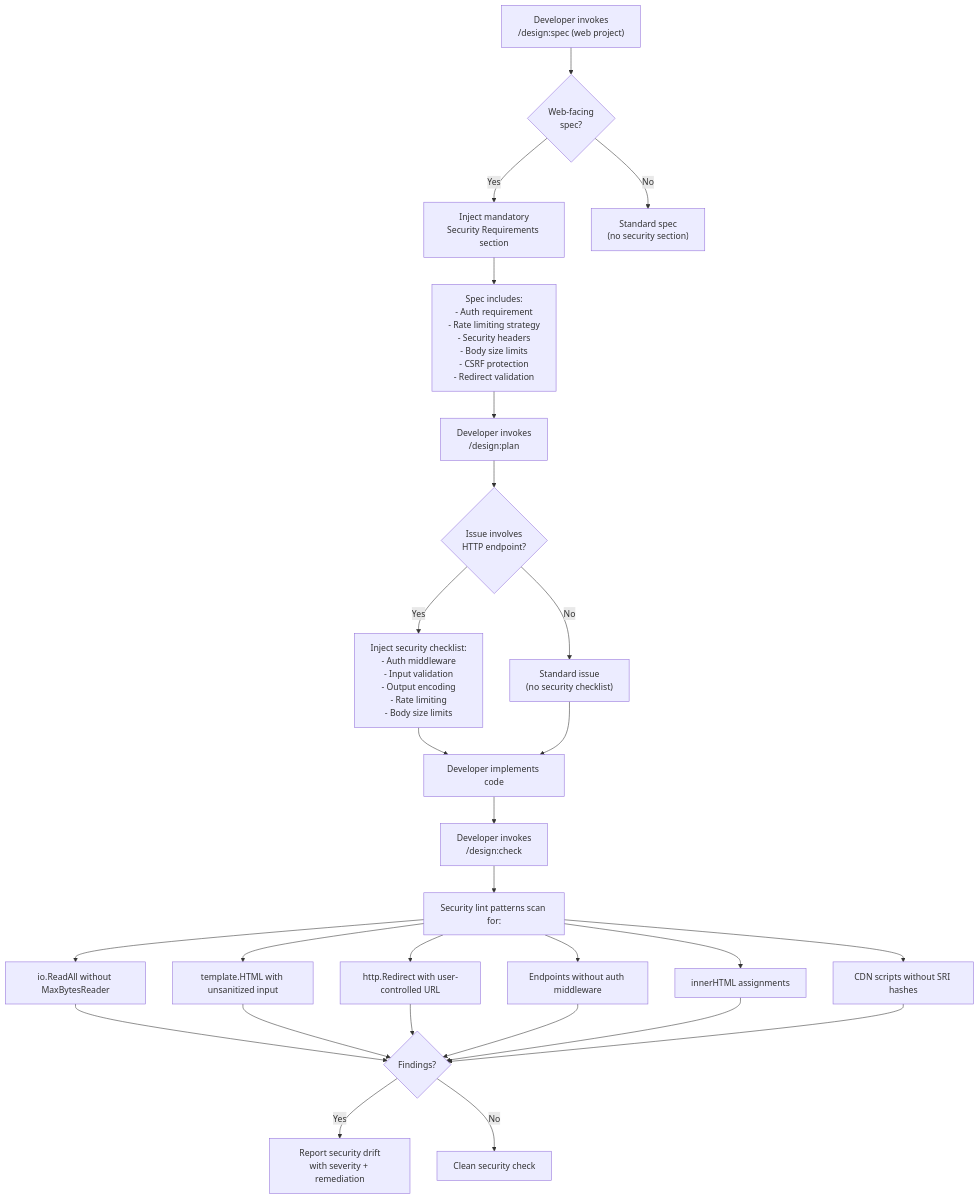
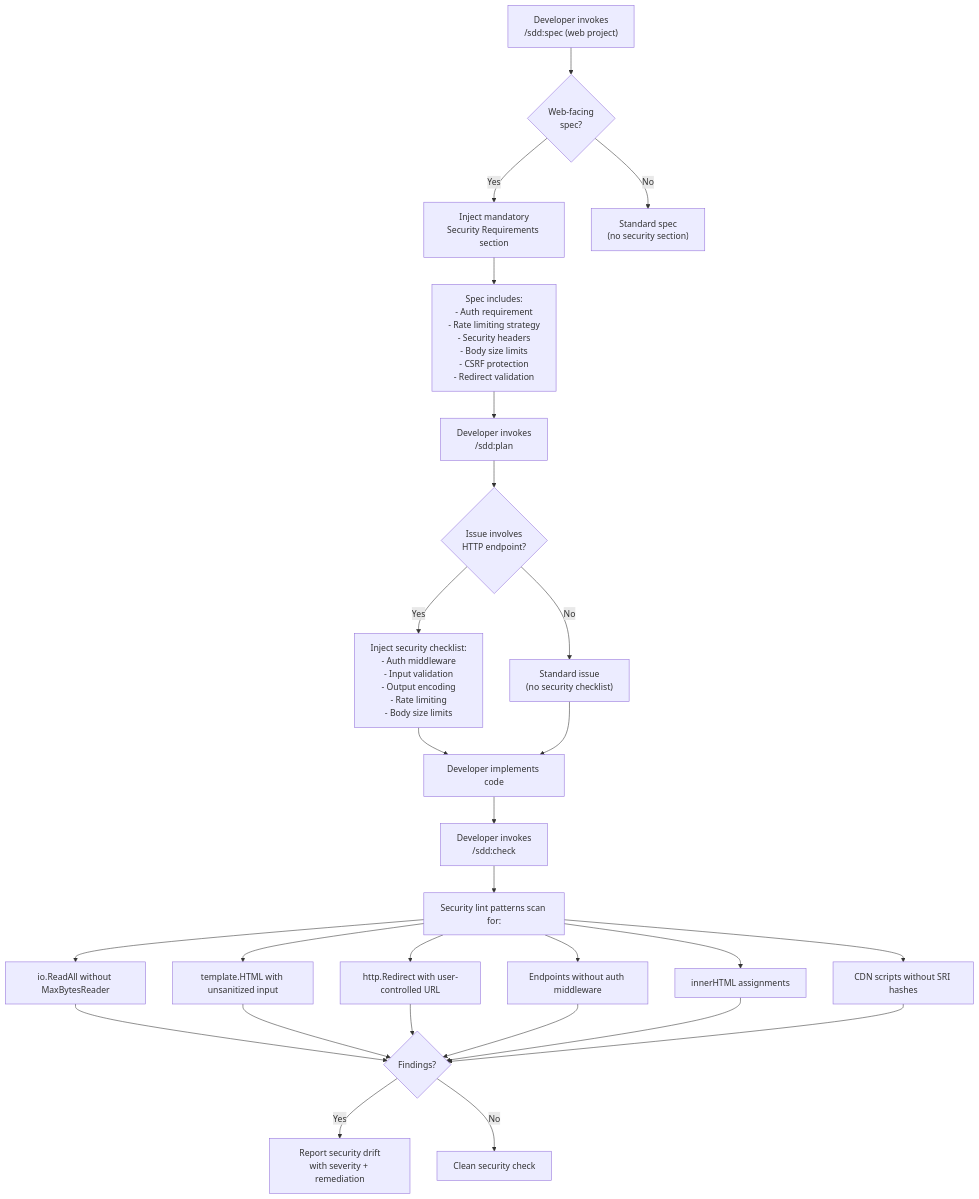
The diagram in docs/adrs/ADR-0018-security-by-default-web-specs.md (joestump/claude-plugin-sdd), drawn with Mermaid before and after one commit. The commit also changed other lines of this file and 106 other files, not shown here.

First line of the commit message:
Rename plugin from design to sdd (Spec-Driven Development)

````diff
--- a/docs/adrs/ADR-0018-security-by-default-web-specs.md
+++ b/docs/adrs/ADR-0018-security-by-default-web-specs.md
@@ -136,36 +136,36 @@
 ```mermaid
 flowchart TD
-    A["Developer invokes\n/design:spec (web project)"] --> B{"Web-facing\nspec?"}
+    A["Developer invokes\n/sdd:spec (web project)"] --> B{"Web-facing\nspec?"}
     B -->|Yes| C["Inject mandatory\nSecurity Requirements section"]
     B -->|No| D["Standard spec\n(no security section)"]
 
     C --> E["Spec includes:\n- Auth requirement\n- Rate limiting strategy\n- Security headers\n- Body size limits\n- CSRF protection\n- Redirect validation"]
 
-    E --> F["Developer invokes\n/design:plan"]
+    E --> F["Developer invokes\n/sdd:plan"]
     F --> G{"Issue involves\nHTTP endpoint?"}
     G -->|Yes| H["Inject security checklist:\n- Auth middleware\n- Input validation\n- Output encoding\n- Rate limiting\n- Body size limits"]
     G -->|No| I["Standard issue\n(no security checklist)"]
 
     H --> J["Developer implements code"]
     I --> J
 
-    J --> K["Developer invokes\n/design:check"]
+    J --> K["Developer invokes\n/sdd:check"]
     K --> L["Security lint patterns scan for:"]
 
     L --> M["io.ReadAll without MaxBytesReader"]
     L --> N["template.HTML with unsanitized input"]
     L --> O["http.Redirect with user-controlled URL"]
     L --> P["Endpoints without auth middleware"]
     L --> Q["innerHTML assignments"]
     L --> R["CDN scripts without SRI hashes"]
 
     M --> S{"Findings?"}
     N --> S
     O --> S
     P --> S
     Q --> S
     R --> S
 
     S -->|Yes| T["Report security drift\nwith severity + remediation"]
     S -->|No| U["Clean security check"]
 ```
````
